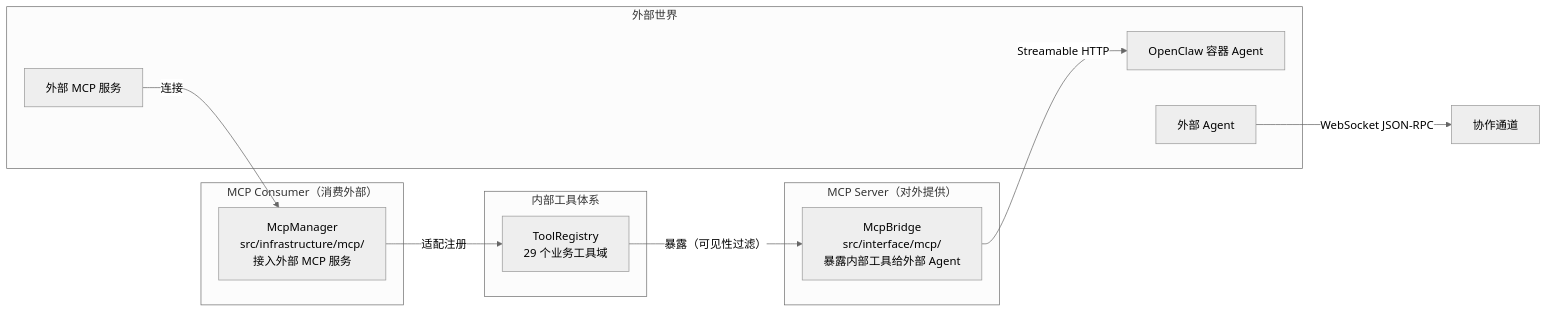
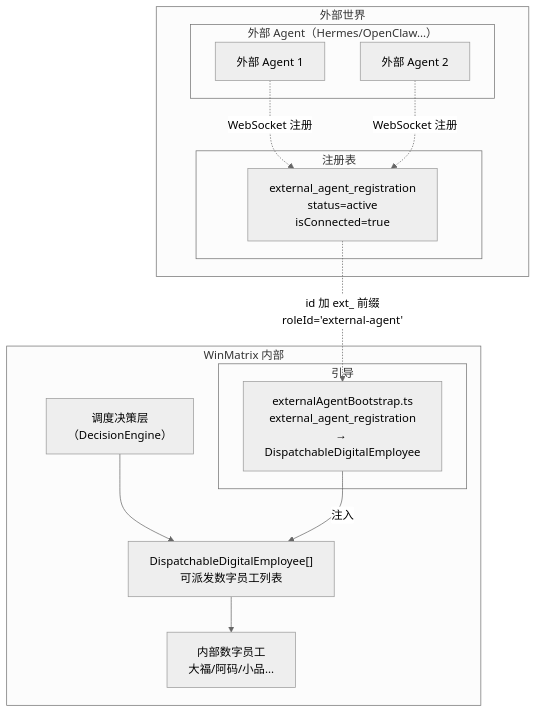
One commit to GGwujun/deep-dive-winmatrix changed the first of 2 diagrams in src/part8-integration/ch22-mcp.md. Above: the diagram before and after it, drawn with Mermaid (neutral theme). The commit also changed other lines of this file and 35 other files, not shown here.

````diff
--- a/src/part8-integration/ch22-mcp.md
+++ b/src/part8-integration/ch22-mcp.md
@@ -11,28 +13,31 @@
 ```mermaid
-graph LR
-    subgraph "MCP Server（对外提供）"
-        BRIDGE["McpBridge<br/>src/interface/mcp/<br/>暴露内部工具给外部 Agent"]
-    end
+graph TB
+    subgraph "WinMatrix 内部"
+        DECIDE["调度决策层<br/>（DecisionEngine）"]
+        DISPATCH["DispatchableDigitalEmployee[]<br/>可派发数字员工列表"]
+        INTERNAL["内部数字员工<br/>大福/阿码/小品..."]
 
-    subgraph "MCP Consumer（消费外部）"
-        MGR["McpManager<br/>src/infrastructure/mcp/<br/>接入外部 MCP 服务"]
-    end
+        subgraph "引导"
+            BOOT["externalAgentBootstrap.ts<br/>external_agent_registration<br/>→ DispatchableDigitalEmployee"]
+        end
 
-    subgraph "内部工具体系"
-        REG["ToolRegistry<br/>29 个业务工具域"]
+        DECIDE --> DISPATCH
+        DISPATCH --> INTERNAL
     end
 
     subgraph "外部世界"
-        EXT1["OpenClaw 容器 Agent"]
-        EXT2["外部 MCP 服务"]
-        EXT3["外部 Agent"]
+        subgraph "注册表"
+            REG["external_agent_registration<br/>status=active<br/>isConnected=true"]
+        end
+
+        subgraph "外部 Agent（Hermes/OpenClaw...）"
+            EXT1["外部 Agent 1"]
+            EXT2["外部 Agent 2"]
+        end
+
+        REG -.->|"id 加 ext_ 前缀<br/>roleId='external-agent'"| BOOT
+        BOOT -->|"注入"| DISPATCH
+        EXT1 -.->|"WebSocket 注册"| REG
+        EXT2 -.->|"WebSocket 注册"| REG
     end
-
-    REG -->|"暴露（可见性过滤）"| BRIDGE
-    BRIDGE -->|"Streamable HTTP"| EXT1
-
-    EXT2 -->|"连接"| MGR
-    MGR -->|"适配注册"| REG
-
-    EXT3 -->|"WebSocket JSON-RPC"| COLLAB["协作通道"]
 ```
````
